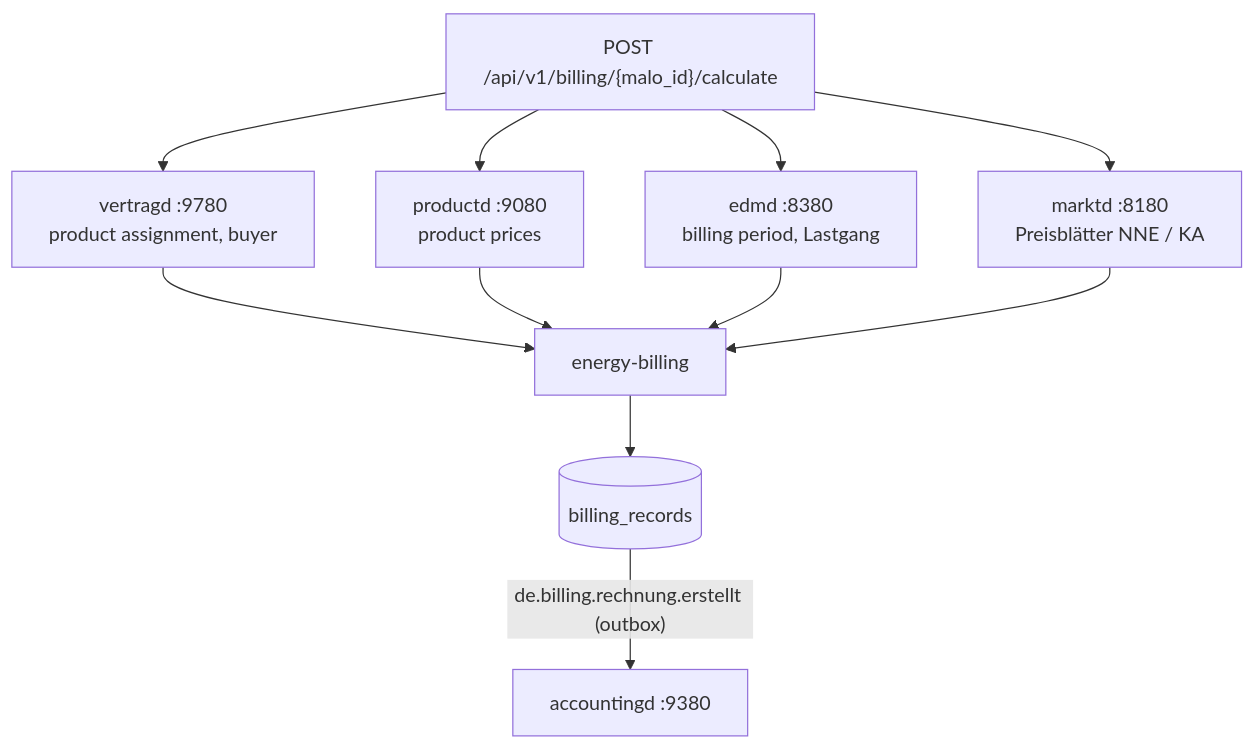
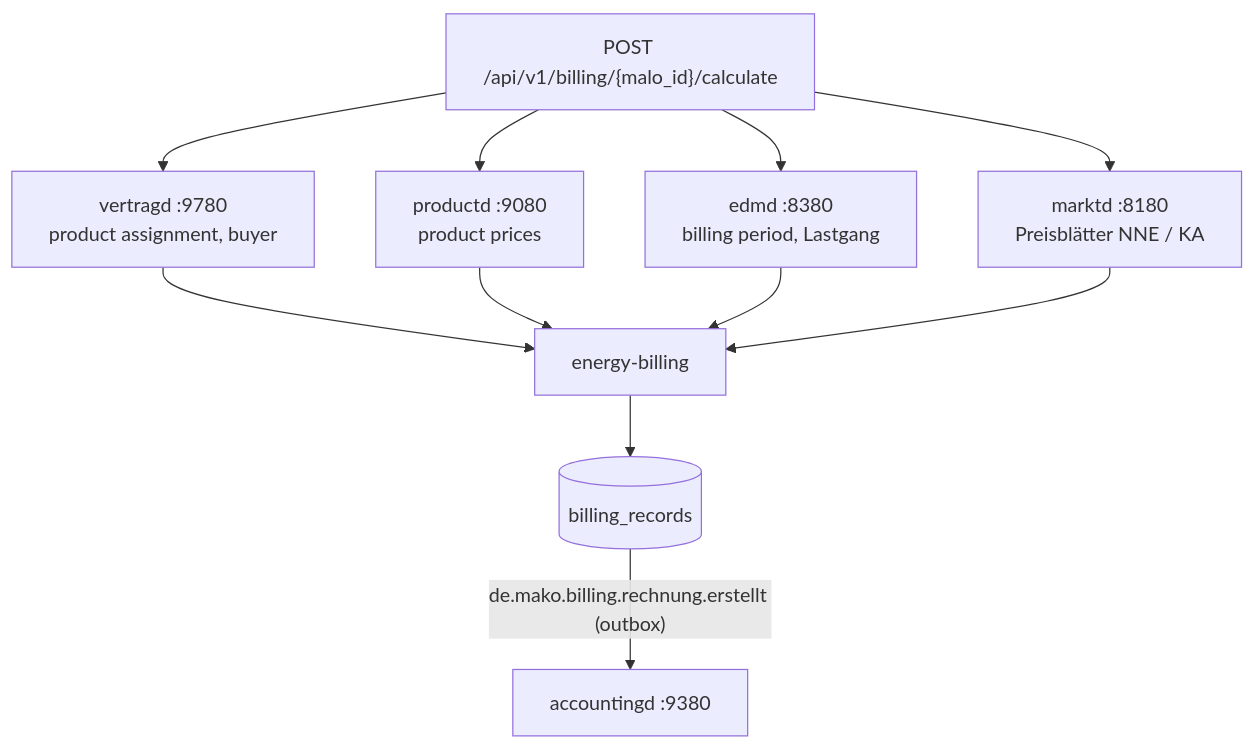
The first of 2 diagrams in site/content/docs/services/billingd.md (hupe1980/mako), drawn with Mermaid before and after one commit. The commit also changed other lines of this file and 379 other files, not shown here.

````diff
--- a/site/content/docs/services/billingd.md
+++ b/site/content/docs/services/billingd.md
@@ -73,14 +73,14 @@
 ```mermaid
 graph TB
     ERP["POST /api/v1/billing/{malo_id}/calculate"]
     vertragd["vertragd :9780<br/>product assignment, buyer"]
     productd["productd :9080<br/>product prices"]
     edmd["edmd :8380<br/>billing period, Lastgang"]
     marktd["marktd :8180<br/>Preisblätter NNE / KA"]
     engine["energy-billing"]
     pg[("billing_records")]
     accountingd["accountingd :9380"]
 
     ERP --> vertragd & productd & edmd & marktd --> engine --> pg
-    pg -->|"de.billing.rechnung.erstellt (outbox)"| accountingd
+    pg -->|"de.mako.billing.rechnung.erstellt (outbox)"| accountingd
 ```
````
